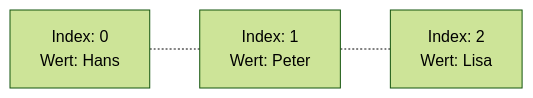
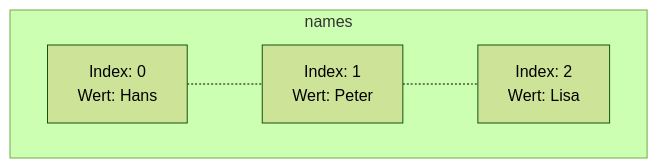
One commit to jappuccini/java-docs changed the diagram in docs/documentation/arrays.md. Above: the diagram before and after it, drawn with Mermaid (forest theme).

````diff
--- a/docs/documentation/arrays.md
+++ b/docs/documentation/arrays.md
@@ -11,4 +11,6 @@
 ```mermaid
-flowchart LR
-    a[Index: 0\nWert: Hans] -.- b[Index: 1\nWert: Peter] -.- c[Index: 2\nWert: Lisa]
+flowchart
+    subgraph names
+        a[Index: 0\nWert: Hans] -.- b[Index: 1\nWert: Peter] -.- c[Index: 2\nWert: Lisa]
+    end
 ``` 
````
